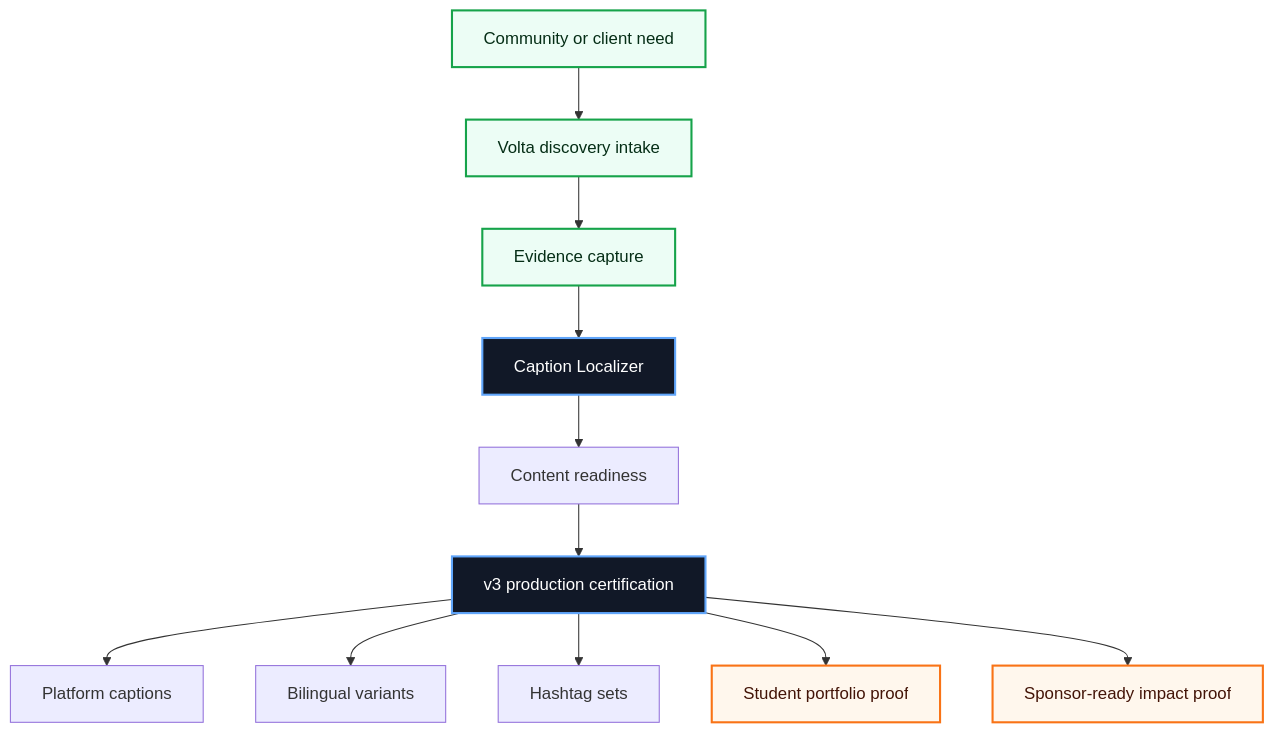
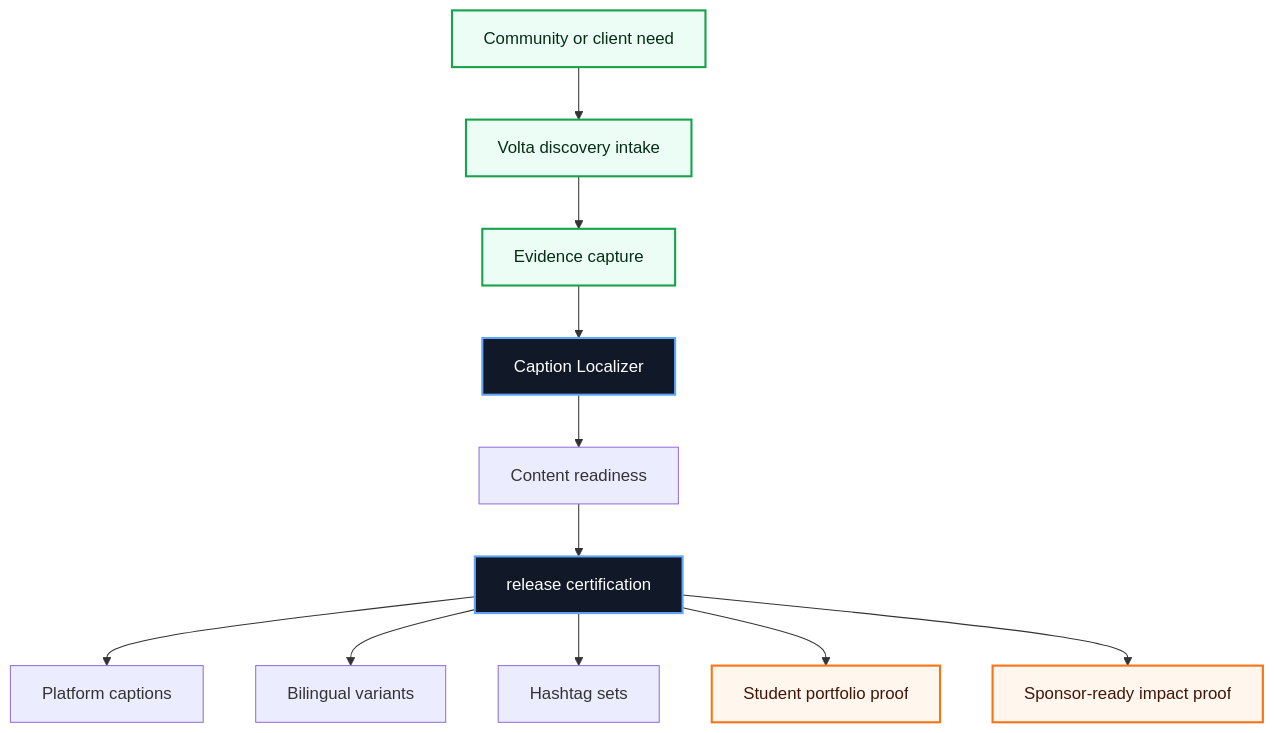
One commit to volta-npo/caption-localizer changed the first of 3 diagrams in README.md. Above: the diagram before and after it, drawn with Mermaid. The commit also changed other lines of this file and 28 other files, not shown here.

````diff
--- a/README.md
+++ b/README.md
@@ -43,20 +43,20 @@
 ```mermaid
 flowchart TD
     Need["Community or client need"] --> Intake["Volta discovery intake"]
     Intake --> Evidence["Evidence capture"]
     Evidence --> Workbench["Caption Localizer"]
     Workbench --> Score["Content readiness"]
-    Score --> Cert["v3 production certification"]
+    Score --> Cert["release certification"]
     Cert --> A1["Platform captions"]
     Cert --> A2["Bilingual variants"]
     Cert --> A3["Hashtag sets"]
     Cert --> Student["Student portfolio proof"]
     Cert --> Sponsor["Sponsor-ready impact proof"]
 
     classDef volta fill:#111827,stroke:#60a5fa,color:#ffffff,stroke-width:2px;
     classDef equity fill:#ecfdf5,stroke:#16a34a,color:#052e16,stroke-width:2px;
     classDef proof fill:#fff7ed,stroke:#f97316,color:#431407,stroke-width:2px;
     class Workbench,Cert volta;
     class Need,Intake,Evidence equity;
     class Student,Sponsor proof;
 ```
````
